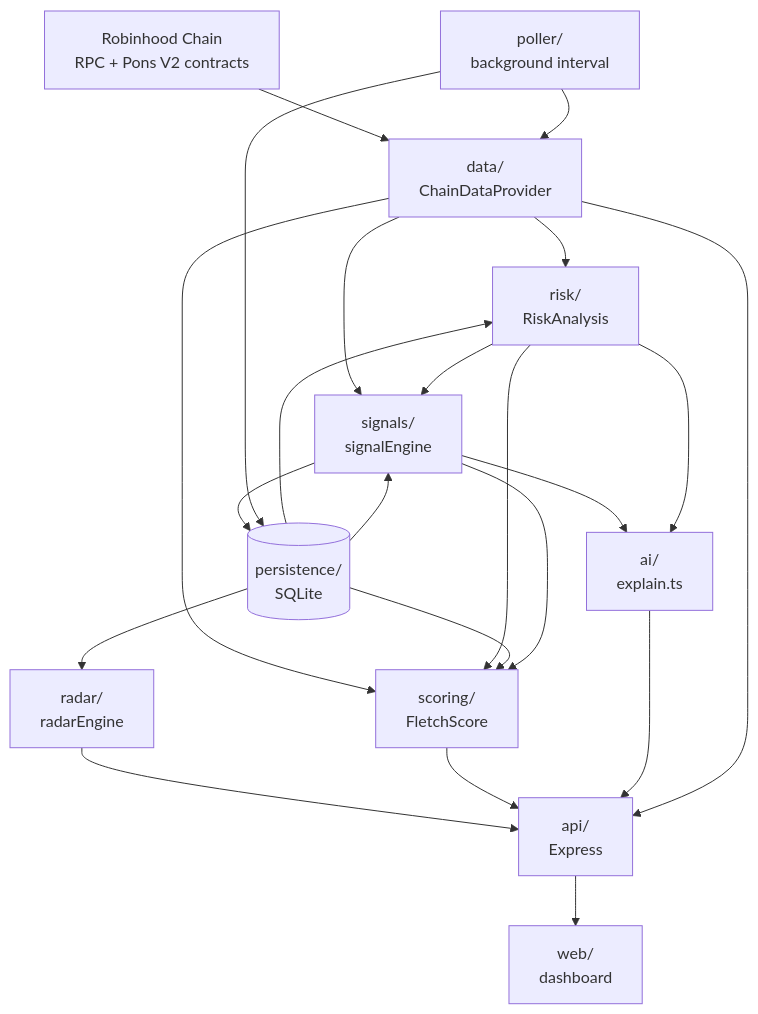
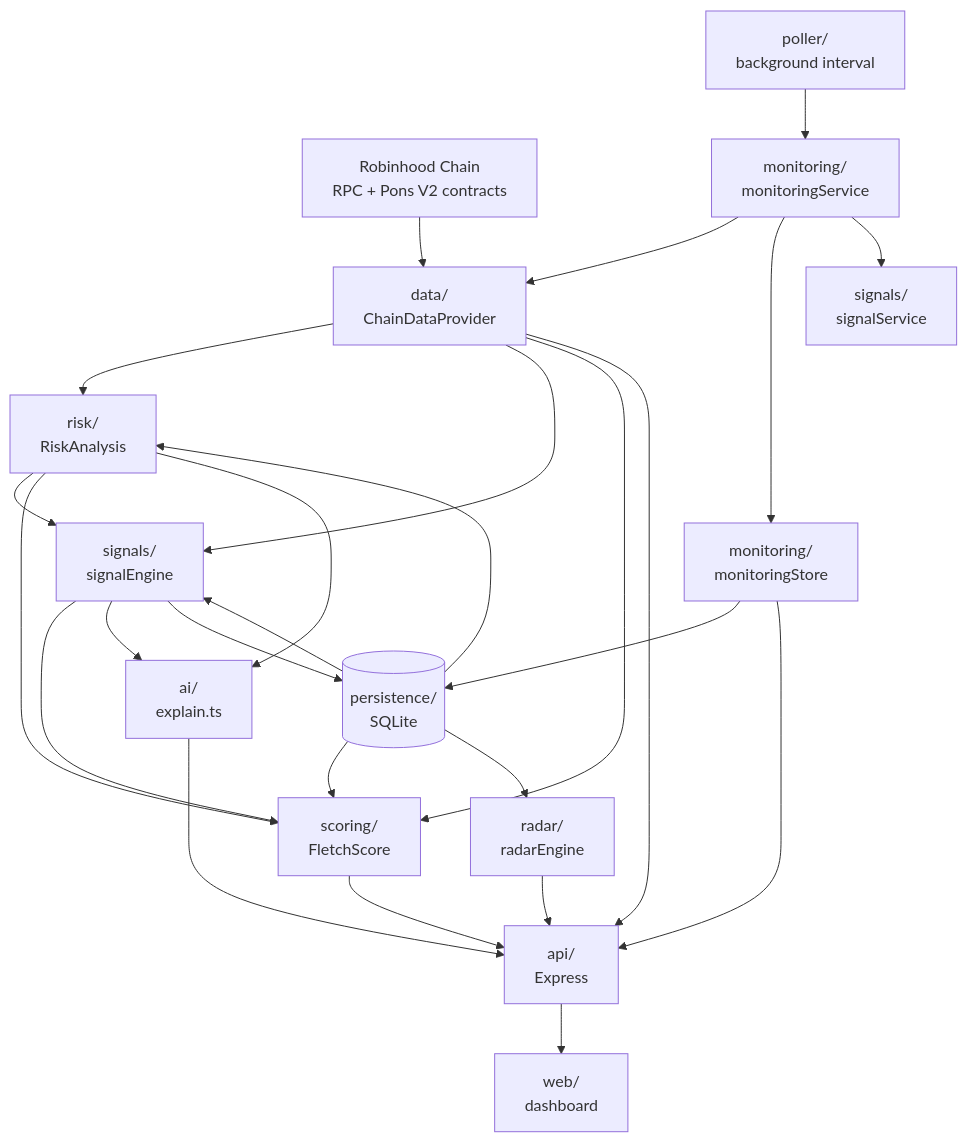
One commit to leopardracer/FLETCH changed the diagram in docs/ARCHITECTURE.md. Above: the diagram before and after it, drawn with Mermaid. The commit also changed other lines of this file and 33 other files, not shown here.

````diff
--- a/docs/ARCHITECTURE.md
+++ b/docs/ARCHITECTURE.md
@@ -5,24 +5,28 @@
 ```mermaid
 flowchart TD
     A[Robinhood Chain<br/>RPC + Pons V2 contracts] --> B[data/<br/>ChainDataProvider]
     B --> C[risk/<br/>RiskAnalysis]
     B --> D[signals/<br/>signalEngine]
     P[(persistence/<br/>SQLite)] --> C
     P --> D
     C --> D
     B --> S[scoring/<br/>FletchScore]
     C --> S
     P --> S
     D --> S
     D --> E[ai/<br/>explain.ts]
     C --> E
     P --> R[radar/<br/>radarEngine]
     R --> F
     S --> F[api/<br/>Express]
     E --> F
     B --> F
     D --> P
-    Poller[poller/<br/>background interval] --> B
-    Poller --> P
+    M[monitoring/<br/>monitoringStore] --> P
+    M --> F
+    Mon[monitoring/<br/>monitoringService] --> B
+    Mon --> M
+    Mon --> Sig[signals/<br/>signalService]
+    Poller[poller/<br/>background interval] --> Mon
     F --> G[web/<br/>dashboard]
 ```
````
